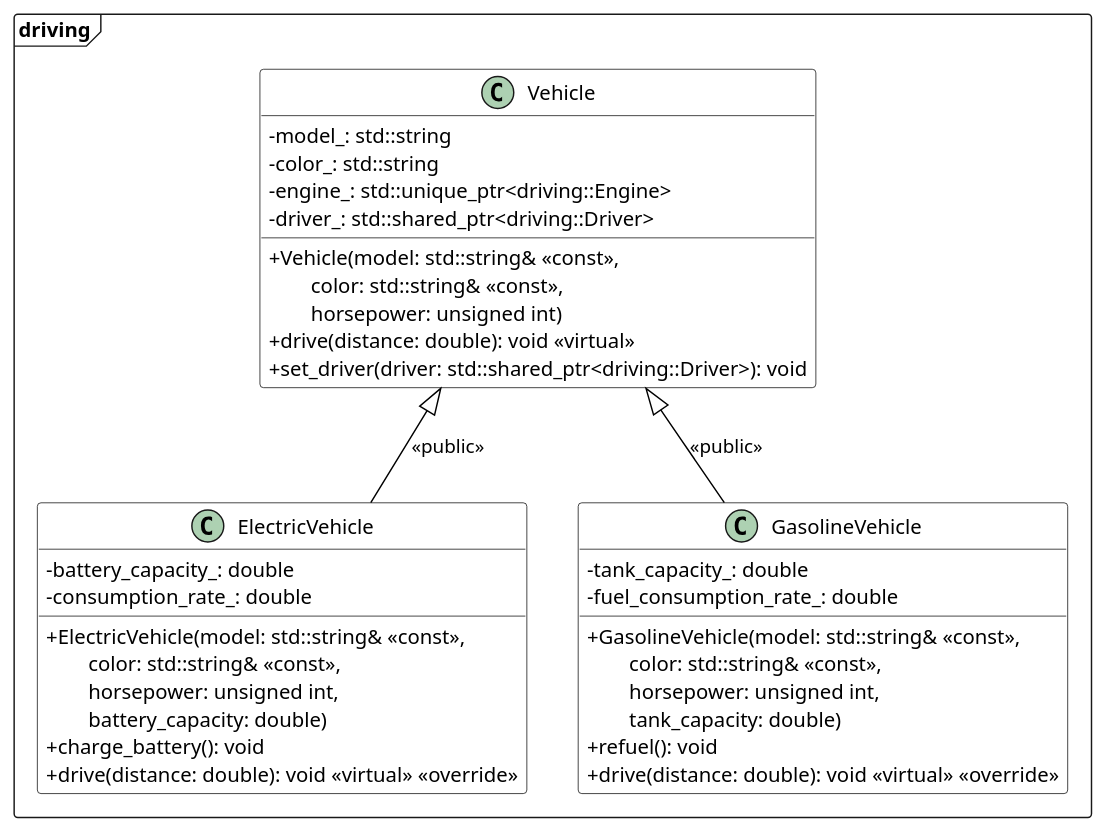
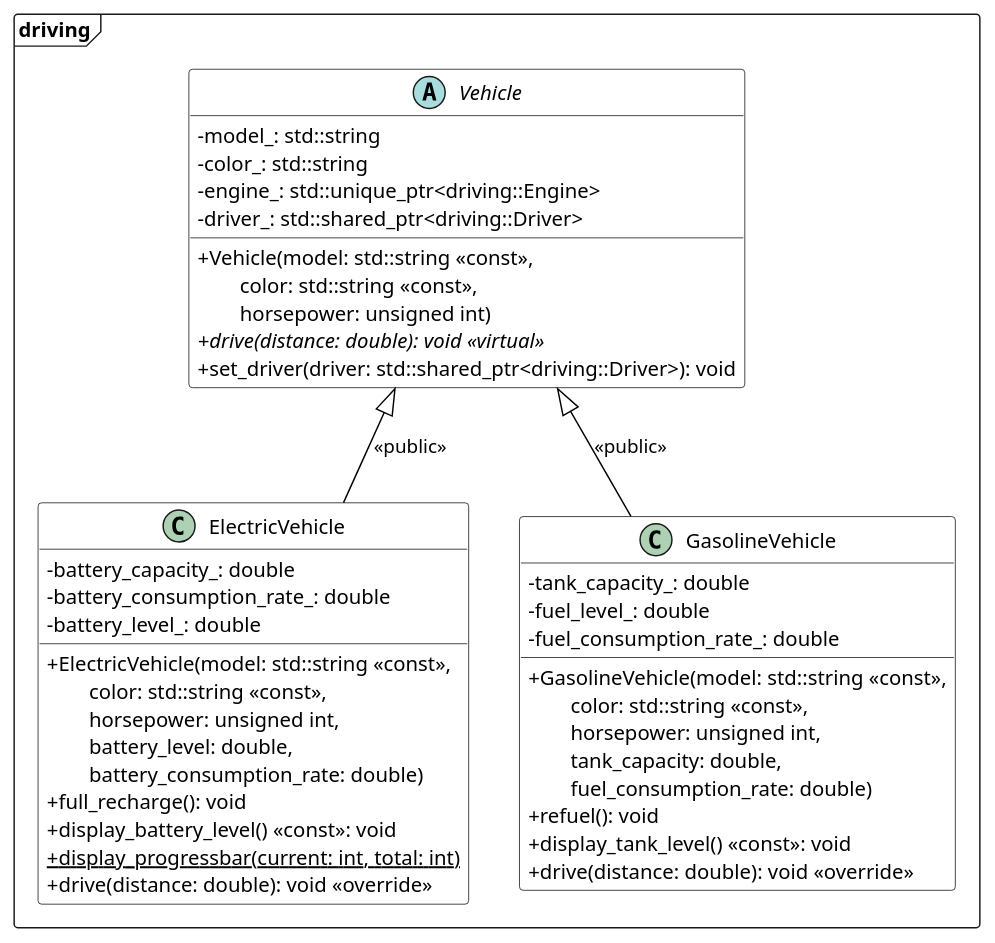
Before and after one commit to rahulk-99/enpm702_fall2024: the diagram in lecture8/diagrams/driving_inheritance.wsd, drawn with PlantUML. The commit also changed 19 other files, not shown here.

```diff
--- a/lecture8/diagrams/driving_inheritance.wsd
+++ b/lecture8/diagrams/driving_inheritance.wsd
@@ -1,63 +1,67 @@
 @startuml "Driving Scenario"
 
 skinparam classAttributeIconSize 0
 skinparam class {
     BackgroundColor White
     ArrowColor Black
     BorderColor Black
 }
 
 Package driving <<Frame>>{
 
 class ElectricVehicle {
     -battery_capacity_: double
-    -consumption_rate_: double
-    +ElectricVehicle(model: std::string& <<const>>,\n\tcolor: std::string& <<const>>,\n\thorsepower: unsigned int,\n\tbattery_capacity: double)
-    +charge_battery(): void
-    +drive(distance: double): void <<virtual>> <<override>>
+    -battery_consumption_rate_: double
+    -battery_level_: double
+    +ElectricVehicle(model: std::string <<const>>,\n\tcolor: std::string <<const>>,\n\thorsepower: unsigned int,\n\tbattery_level: double,\n\tbattery_consumption_rate: double)
+    +full_recharge(): void
+    +display_battery_level() <<const>>: void
+    +{static}display_progressbar(current: int, total: int)
+    +drive(distance: double): void <<override>>
 }
 
 class GasolineVehicle {
     -tank_capacity_: double
+    -fuel_level_: double
     -fuel_consumption_rate_: double
-    +GasolineVehicle(model: std::string& <<const>>,\n\tcolor: std::string& <<const>>,\n\thorsepower: unsigned int,\n\ttank_capacity: double)
+    +GasolineVehicle(model: std::string <<const>>,\n\tcolor: std::string <<const>>,\n\thorsepower: unsigned int,\n\ttank_capacity: double,\n\tfuel_consumption_rate: double)
     +refuel(): void
-    +drive(distance: double): void <<virtual>> <<override>>
+    +display_tank_level() <<const>>: void
+    +drive(distance: double): void <<override>>
 }
 
-class Vehicle {
+abstract class Vehicle {
     -model_: std::string
     -color_: std::string
     -engine_: std::unique_ptr<driving::Engine>
     -driver_: std::shared_ptr<driving::Driver>
-    +Vehicle(model: std::string& <<const>>,\n\tcolor: std::string& <<const>>,\n\thorsepower: unsigned int)
-    +drive(distance: double): void <<virtual>> 
+    +Vehicle(model: std::string <<const>>,\n\tcolor: std::string <<const>>,\n\thorsepower: unsigned int)
+    +{abstract}drive(distance: double): void <<virtual>>
     +set_driver(driver: std::shared_ptr<driving::Driver>): void
 }
-
 ' class Engine {
 
 ' }
 
 ' class Driver {
 
 ' }
 
 ' class Date {
 
 ' }
 
 
 
 ElectricVehicle --up|> Vehicle: <<public>>
 GasolineVehicle -up-|> Vehicle: <<public>>
 
 ' left of Vehicle
 ' GasolineVehicle
 
 
 ' Vehicle *-- "1" Engine : has <<unique>> >
 ' Vehicle o-- "1" Driver : is_driven_by <<shared>> >
 ' Driver *-- "1" Date : has_birthdate <<value>> >
 }
 @enduml
```
